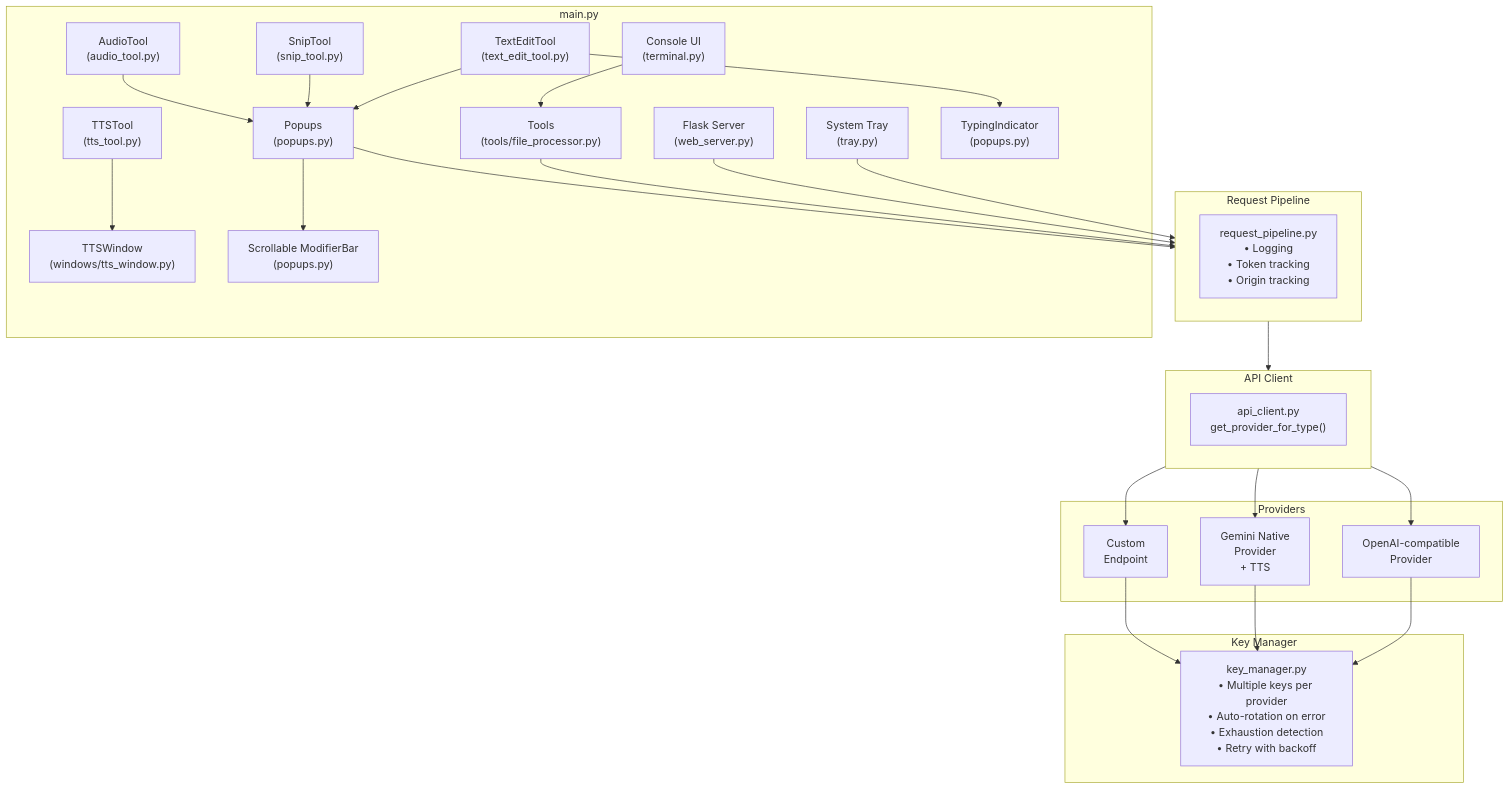
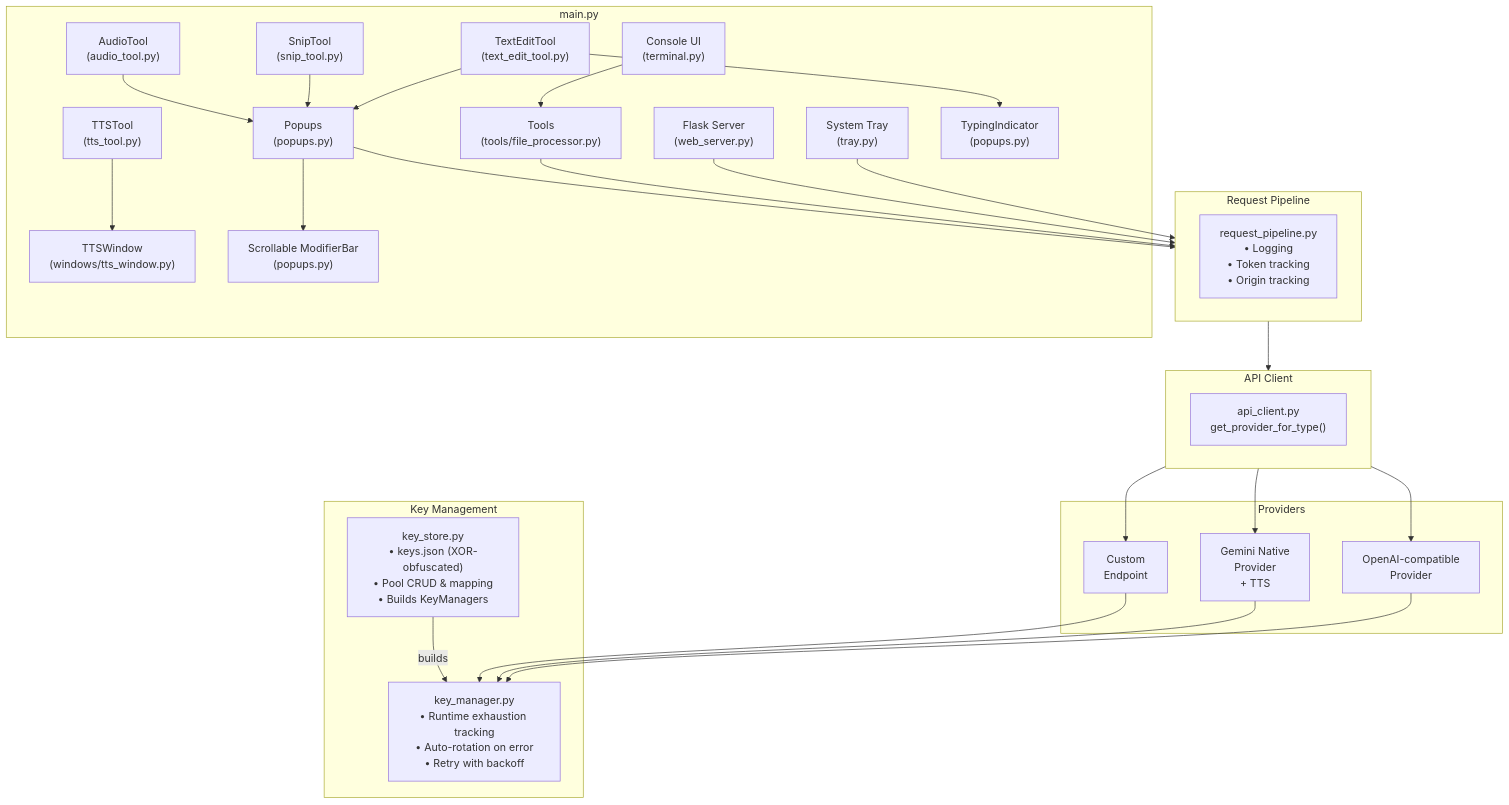
Before and after one commit to zaxx-q/AIPromptBridge: the first of 3 diagrams in docs/ARCHITECTURE.md, drawn with Mermaid. The commit also changed other lines of this file and 1 other file, not shown here.

Commit message:
feat(docs): update architecture and structure for KeyStore

````diff
--- a/docs/ARCHITECTURE.md
+++ b/docs/ARCHITECTURE.md
@@ -23,54 +23,56 @@
 ```mermaid
 flowchart TB
     subgraph Main["main.py"]
         Tray["System Tray<br/>(tray.py)"]
         Console["Console UI<br/>(terminal.py)"]
         Tools["Tools<br/>(tools/file_processor.py)"]
         Flask["Flask Server<br/>(web_server.py)"]
         TET["TextEditTool<br/>(text_edit_tool.py)"]
         Snip["SnipTool<br/>(snip_tool.py)"]
         Audio["AudioTool<br/>(audio_tool.py)"]
         TTS["TTSTool<br/>(tts_tool.py)"]
         TTSUI["TTSWindow<br/>(windows/tts_window.py)"]
         Popups["Popups<br/>(popups.py)"]
         Modifiers["Scrollable ModifierBar<br/>(popups.py)"]
         TypingInd["TypingIndicator<br/>(popups.py)"]
     end
     
     subgraph Pipeline["Request Pipeline"]
         RP["request_pipeline.py<br/>• Logging<br/>• Token tracking<br/>• Origin tracking"]
     end
     
     subgraph APIClient["API Client"]
         AC["api_client.py<br/>get_provider_for_type()"]
     end
     
     subgraph Providers["Providers"]
         OAI["OpenAI-compatible<br/>Provider"]
         Gemini["Gemini Native<br/>Provider<br/>+ TTS"]
         Custom["Custom<br/>Endpoint"]
     end
     
-    subgraph KeyMgr["Key Manager"]
-        KM["key_manager.py<br/>• Multiple keys per provider<br/>• Auto-rotation on error<br/>• Exhaustion detection<br/>• Retry with backoff"]
+    subgraph KeyMgr["Key Management"]
+        KS["key_store.py<br/>• keys.json (XOR-obfuscated)<br/>• Pool CRUD & mapping<br/>• Builds KeyManagers"]
+        KM["key_manager.py<br/>• Runtime exhaustion tracking<br/>• Auto-rotation on error<br/>• Retry with backoff"]
     end
     
     Tray --> Pipeline
     Flask --> Pipeline
     Console --> Tools
     Tools --> Pipeline
     TET --> Popups
     Snip --> Popups
     Audio --> Popups
     TTS --> TTSUI
     Popups --> Modifiers
     TET --> TypingInd
     Popups --> Pipeline
     Pipeline --> APIClient
     APIClient --> OAI
     APIClient --> Gemini
     APIClient --> Custom
     OAI --> KM
     Gemini --> KM
     Custom --> KM
+    KS -->|"builds"| KM
 ```
````
